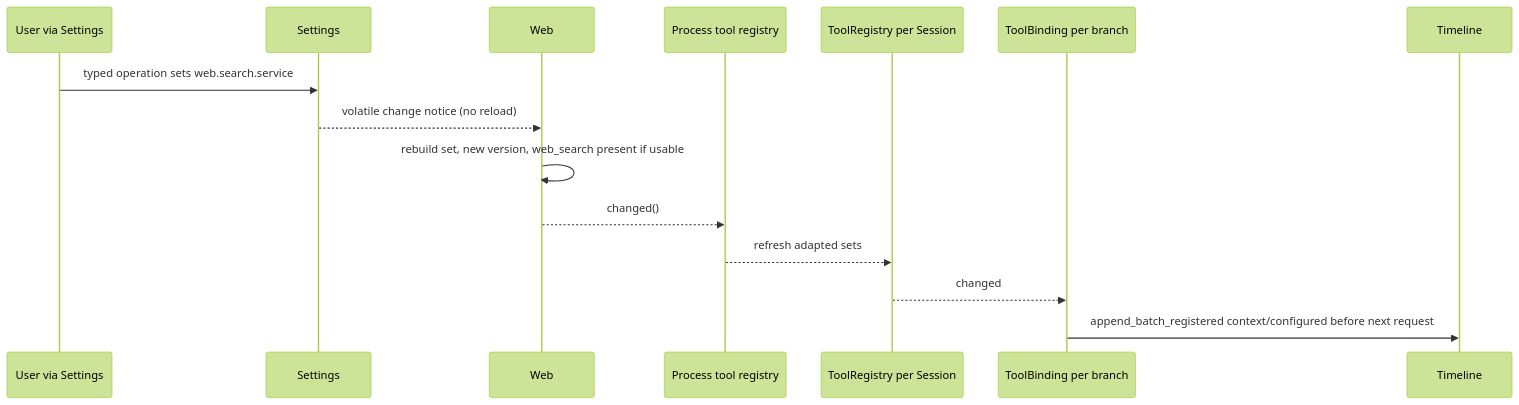
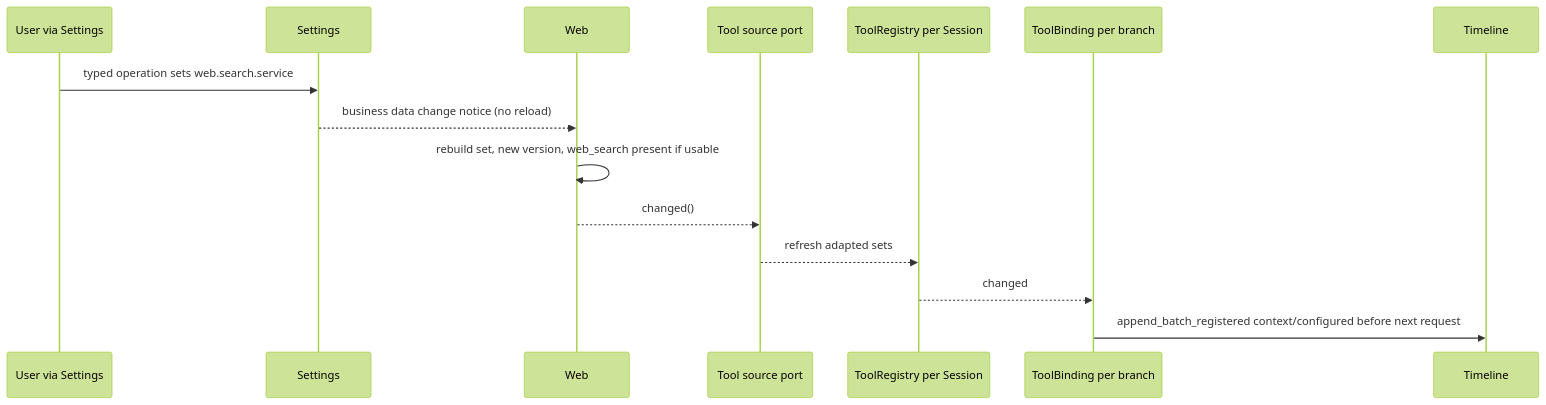
Before and after one commit to CoutinhoTTS/dim-agent: the third of 6 diagrams in docs/design/plugins/Web.md, drawn with Mermaid (forest theme). The commit also changed other lines of this file and 3 other files, not shown here.

````diff
--- a/docs/design/plugins/Web.md
+++ b/docs/design/plugins/Web.md
@@ -83,17 +77,17 @@
 ```mermaid
 sequenceDiagram
   participant U as User via Settings
   participant S as Settings
   participant W as Web
-  participant R as Process tool registry
+  participant R as Tool source port
   participant TR as ToolRegistry per Session
   participant B as ToolBinding per branch
   participant TL as Timeline
   U->>S: typed operation sets web.search.service
-  S-->>W: volatile change notice (no reload)
+  S-->>W: business data change notice (no reload)
   W->>W: rebuild set, new version, web_search present if usable
   W-->>R: changed()
   R-->>TR: refresh adapted sets
   TR-->>B: changed
   B->>TL: append_batch_registered context/configured before next request
 ```
````
